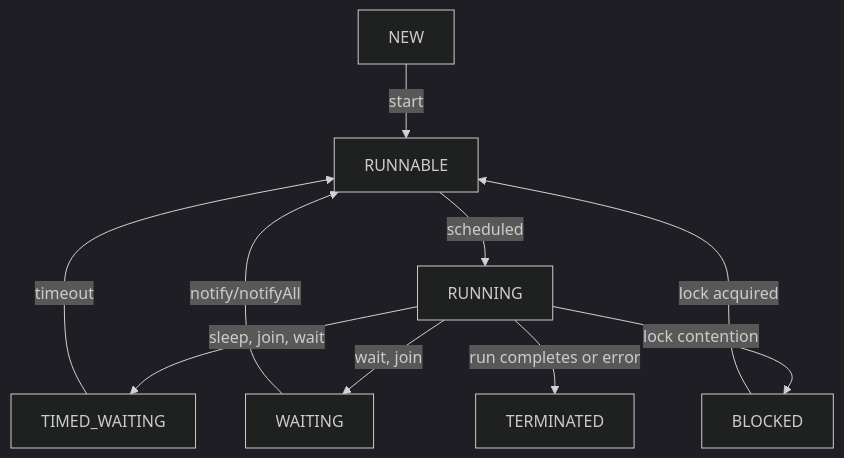
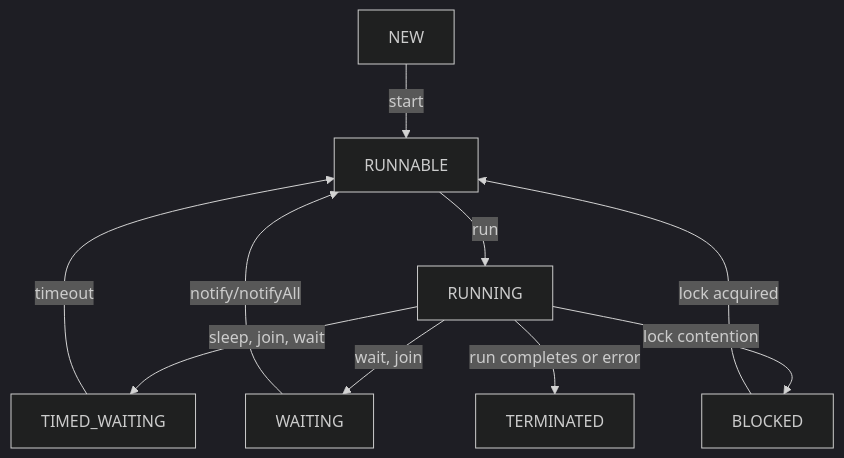
The diagram in notes/ThreadsAndProcesses.md (BHATDAVOOD/multi-threading), drawn with Mermaid (dark theme) before and after one commit.

Commit message:
Added Thread life cycle image

````diff
--- a/notes/ThreadsAndProcesses.md
+++ b/notes/ThreadsAndProcesses.md
@@ -43,21 +43,21 @@
 ```mermaid
 flowchart TD
     NEW["NEW"]
     RUNNABLE["RUNNABLE"]
     RUNNING["RUNNING"]
     BLOCKED["BLOCKED"]
     WAITING["WAITING"]
     TIMED_WAITING["TIMED_WAITING"]
     TERMINATED["TERMINATED"]
 
     NEW -->|start| RUNNABLE
-    RUNNABLE -->|scheduled| RUNNING
+    RUNNABLE -->|run| RUNNING
     RUNNING -->|sleep, join, wait| TIMED_WAITING
     RUNNING -->|wait, join| WAITING
     RUNNING -->|lock contention| BLOCKED
     TIMED_WAITING -->|timeout| RUNNABLE
     WAITING -->|notify/notifyAll| RUNNABLE
     BLOCKED -->|lock acquired| RUNNABLE
     RUNNING -->|run completes or error| TERMINATED
 
 ```
````
